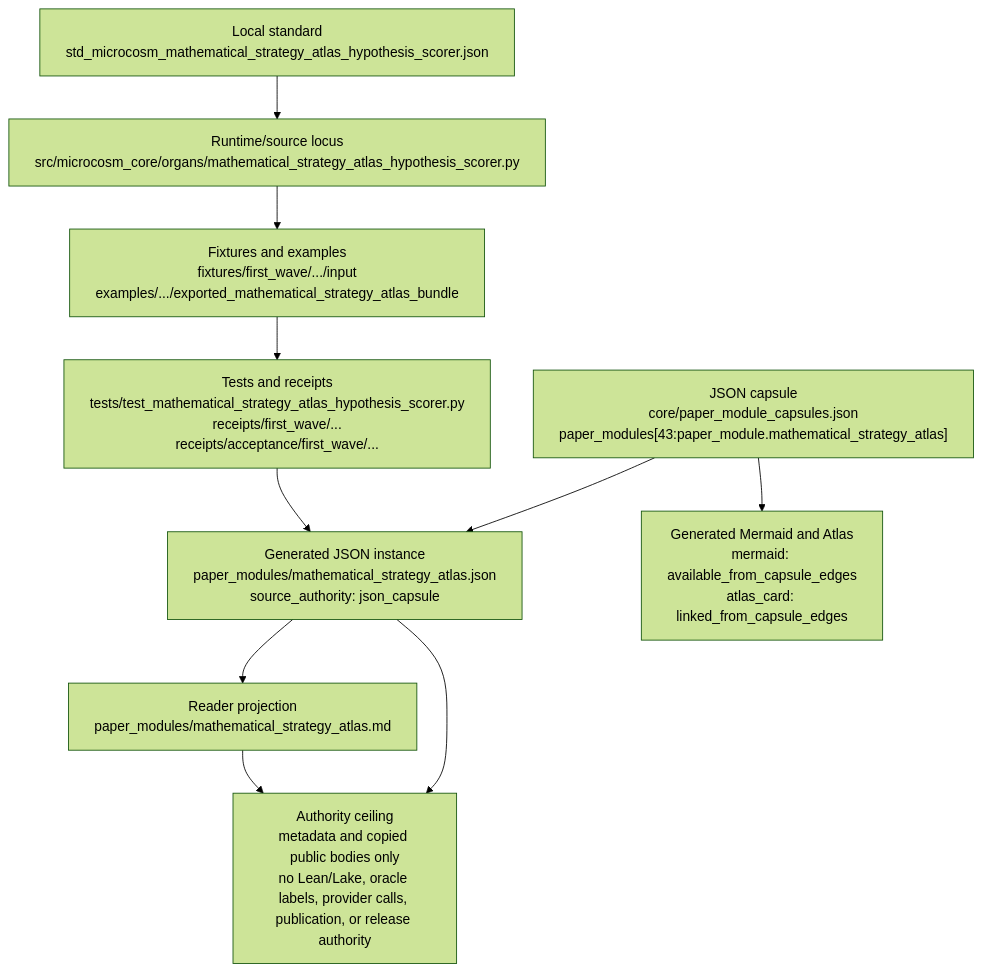
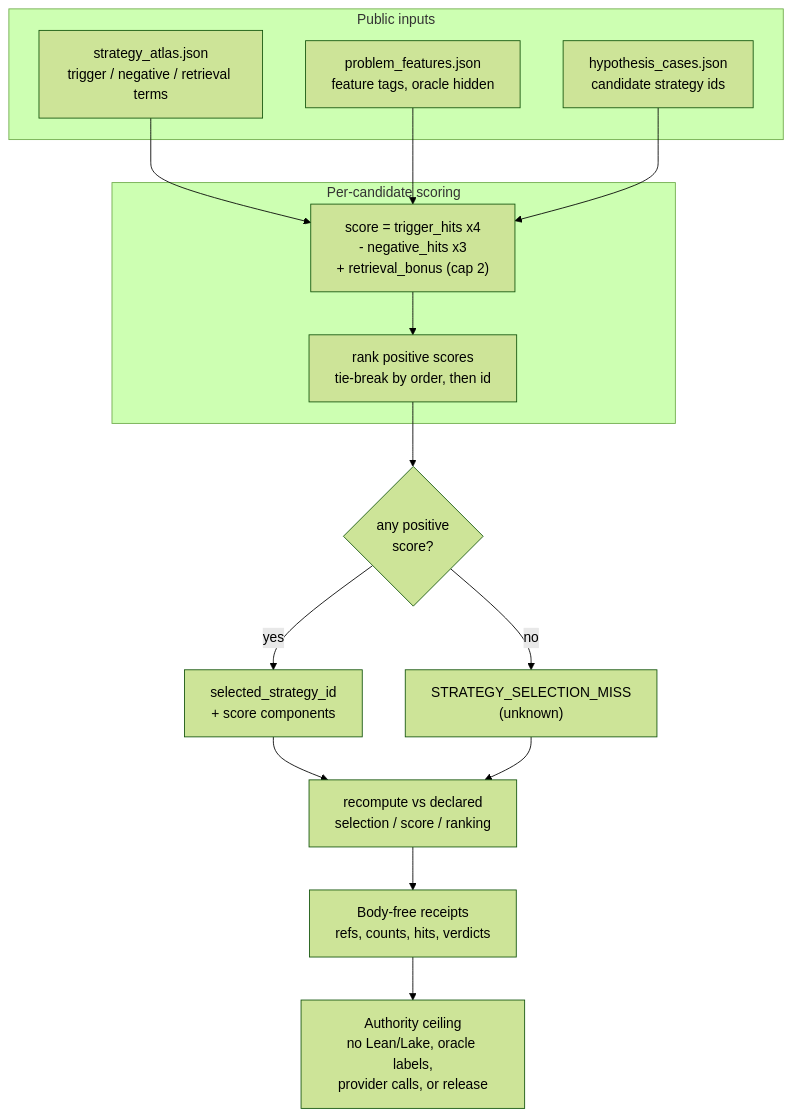
The diagram in paper_modules/mathematical_strategy_atlas.md (wcook04/plectis), drawn with Mermaid (forest theme) before and after one commit. The commit also changed other lines of this file and 90 other files, not shown here.

First line of the commit message:
microcosm: enrich public paper-module prose and Shape diagrams (91 modules)

````diff
--- a/paper_modules/mathematical_strategy_atlas.md
+++ b/paper_modules/mathematical_strategy_atlas.md
@@ -44,22 +72,33 @@
 ```mermaid
 flowchart TD
-    capsule["JSON capsule<br/>core/paper_module_capsules.json<br/>paper_modules[43:paper_module.mathematical_strategy_atlas]"]
-    instance["Generated JSON instance<br/>paper_modules/mathematical_strategy_atlas.json<br/>source_authority: json_capsule"]
-    markdown["Reader projection<br/>paper_modules/mathematical_strategy_atlas.md"]
-    standard["Local standard<br/>std_microcosm_mathematical_strategy_atlas_hypothesis_scorer.json"]
-    runtime["Runtime/source locus<br/>src/microcosm_core/organs/mathematical_strategy_atlas_hypothesis_scorer.py"]
-    fixtures["Fixtures and examples<br/>fixtures/first_wave/.../input<br/>examples/.../exported_mathematical_strategy_atlas_bundle"]
-    tests["Tests and receipts<br/>tests/test_mathematical_strategy_atlas_hypothesis_scorer.py<br/>receipts/first_wave/...<br/>receipts/acceptance/first_wave/..."]
-    projections["Generated Mermaid and Atlas<br/>mermaid: available_from_capsule_edges<br/>atlas_card: linked_from_capsule_edges"]
-    ceiling["Authority ceiling<br/>metadata and copied public bodies only<br/>no Lean/Lake, oracle labels, provider calls, publication, or release authority"]
+    subgraph Inputs["Public inputs"]
+        atlas["strategy_atlas.json<br/>trigger / negative / retrieval terms"]
+        features["problem_features.json<br/>feature tags, oracle hidden"]
+        cases["hypothesis_cases.json<br/>candidate strategy ids"]
+    end
 
-    capsule --> instance
-    instance --> markdown
-    capsule --> projections
-    standard --> runtime
-    runtime --> fixtures
-    fixtures --> tests
-    tests --> instance
-    instance --> ceiling
-    markdown --> ceiling
+    subgraph Scoring["Per-candidate scoring"]
+        score["score = trigger_hits x4<br/>- negative_hits x3<br/>+ retrieval_bonus (cap 2)"]
+        rank["rank positive scores<br/>tie-break by order, then id"]
+    end
+
+    select{"any positive<br/>score?"}
+    selected["selected_strategy_id<br/>+ score components"]
+    miss["STRATEGY_SELECTION_MISS<br/>(unknown)"]
+
+    recheck["recompute vs declared<br/>selection / score / ranking"]
+    receipts["Body-free receipts<br/>refs, counts, hits, verdicts"]
+    ceiling["Authority ceiling<br/>no Lean/Lake, oracle labels,<br/>provider calls, or release"]
+
+    atlas --> score
+    features --> score
+    cases --> score
+    score --> rank
+    rank --> select
+    select -- yes --> selected
+    select -- no --> miss
+    selected --> recheck
+    miss --> recheck
+    recheck --> receipts
+    receipts --> ceiling
 ```
````
